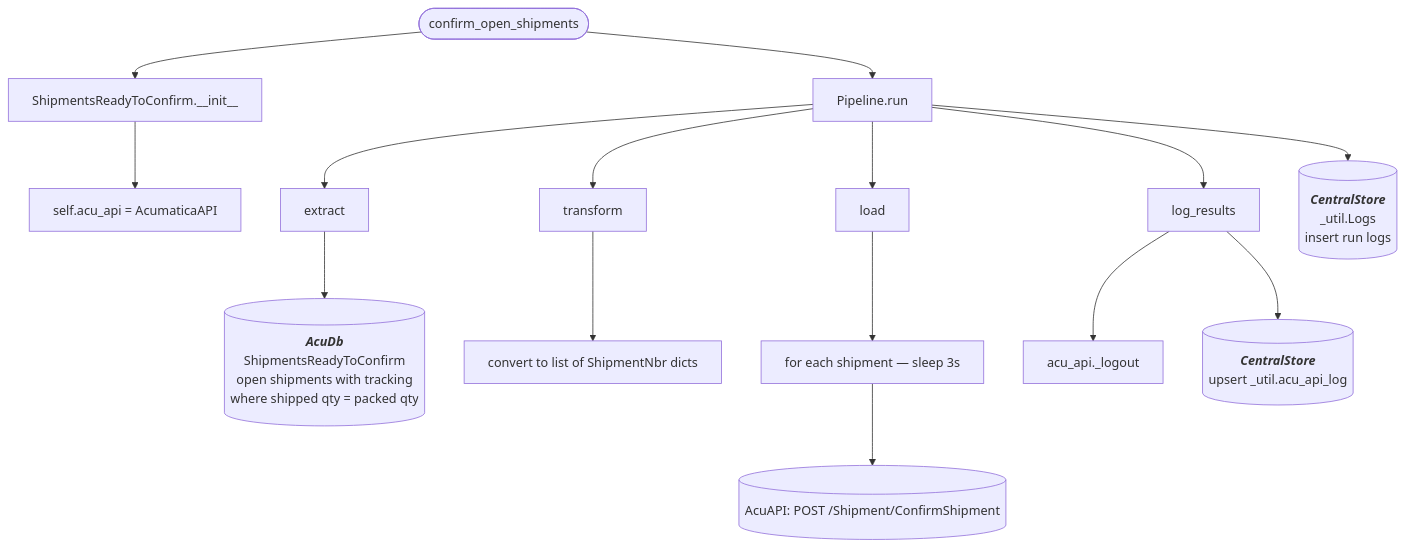
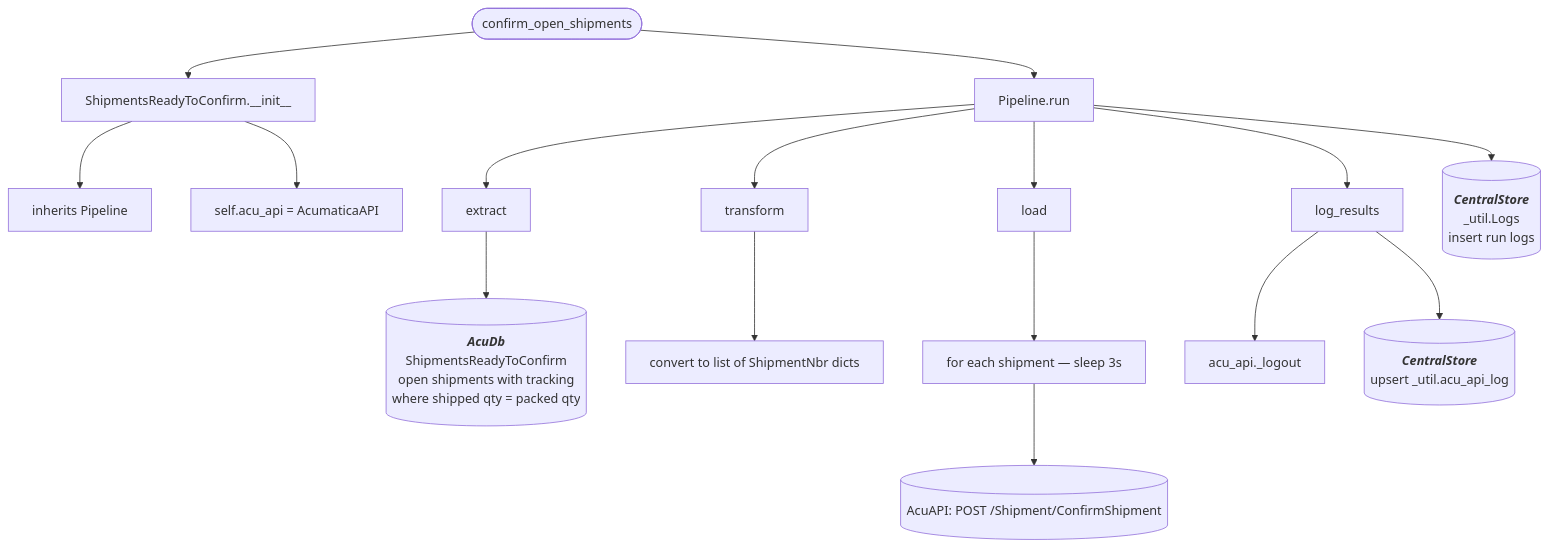
Before and after one commit to journeyhl/integration-platform: the diagram in docs/pipelines/confirm_open_shipments.md, drawn with Mermaid. The commit also changed 42 other files, not shown here.

````diff
--- a/docs/pipelines/confirm_open_shipments.md
+++ b/docs/pipelines/confirm_open_shipments.md
@@ -1,32 +1,33 @@
 ```mermaid
 %%{init: {"flowchart": {"wrappingWidth": 400}}}%%
 flowchart TD
     A([confirm_open_shipments]) --> B[ShipmentsReadyToConfirm.__init__]
-    B --> B1[
+    B --> B1[inherits Pipeline]
+    B --> B2[
         self.acu_api = AcumaticaAPI
     ]
     A --> RUN[Pipeline.run]
 
     RUN --> EX[extract]
     EX --> D1[(
         <b><i>AcuDb</i></b>
         ShipmentsReadyToConfirm<br/>open shipments with tracking<br/>where shipped qty = packed qty)]
 
     RUN --> TR[transform]
     TR --> T1[convert to list of ShipmentNbr dicts]
 
     RUN --> LD[load]
     LD --> LS[for each shipment — sleep 3s]
     LS --> L1[(AcuAPI: POST /Shipment/ConfirmShipment)]
 
     RUN --> LR[log_results]
     LR --> LO[acu_api._logout]
     LR --> UPS[(
         <b><i>CentralStore</i></b>
         upsert _util.acu_api_log
     )]
     RUN --> LOGS[(
         <b><i>CentralStore</i></b>
         _util.Logs<br/>insert run logs
     )]
 ```
````
